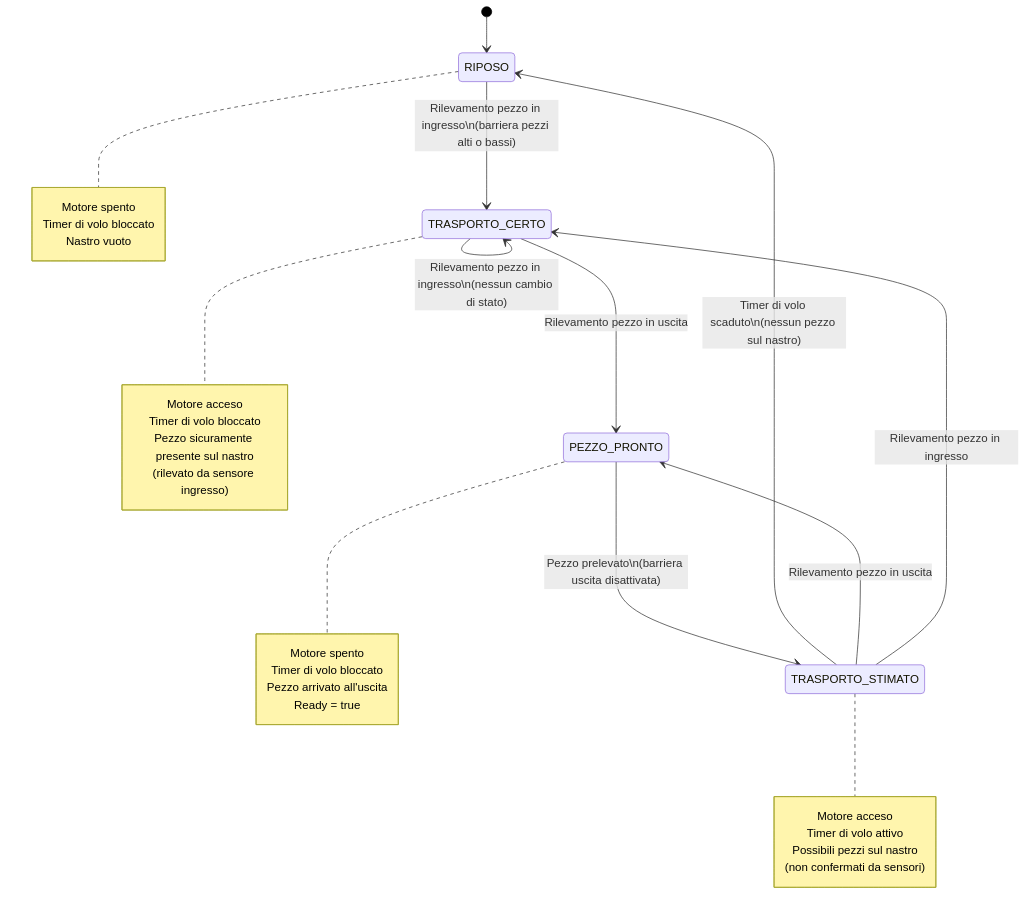
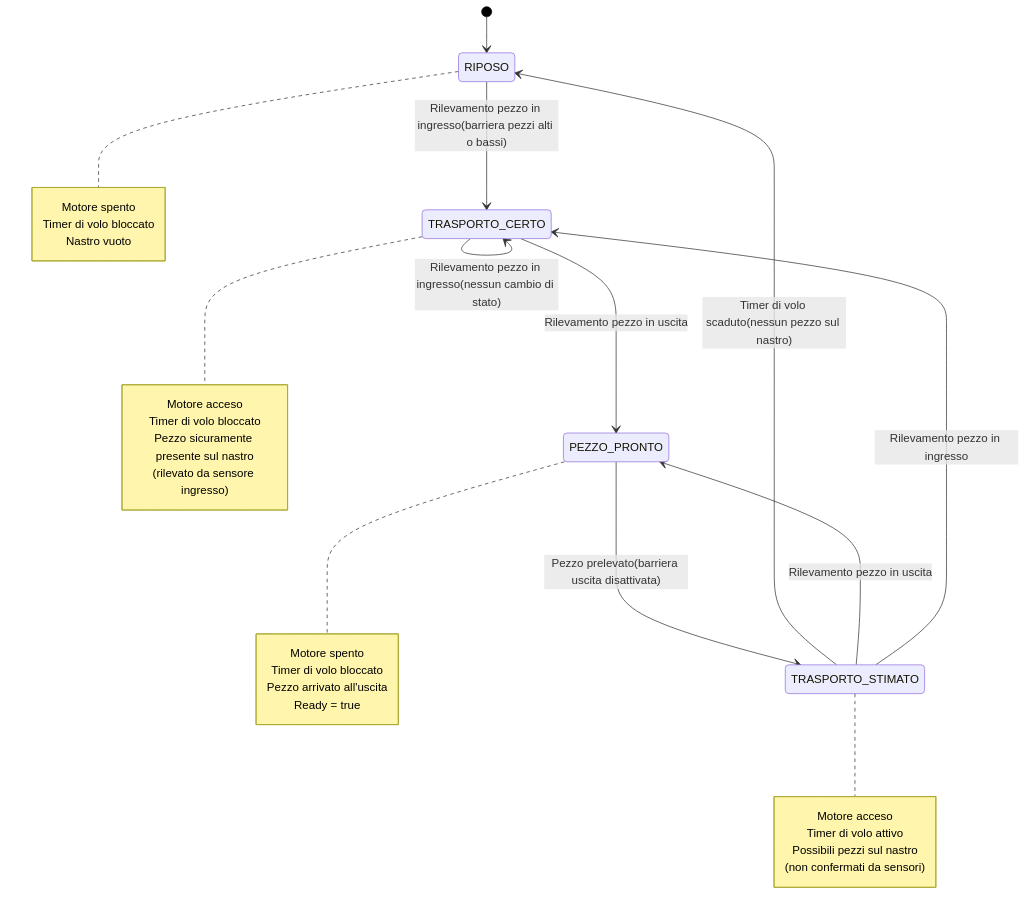
The diagram in nastro.md (sebastianomelita/ArduinoBareMetal), drawn with Mermaid before and after one commit.

````diff
--- a/nastro.md
+++ b/nastro.md
@@ -42,40 +42,40 @@
 ```mermaid
 %%{init: {'theme': 'default', 'themeVariables': { 'primaryColor': '#ffffff', 'primaryTextColor': '#000000', 'primaryBorderColor': '#000000', 'lineColor': '#000000', 'secondaryColor': '#f4f4f4', 'tertiaryColor': '#ffffff' }}}%%
 stateDiagram-v2
     [*] --> RIPOSO
     
-    RIPOSO --> TRASPORTO_CERTO: Rilevamento pezzo in ingresso\n(barriera pezzi alti o bassi)
+    RIPOSO --> TRASPORTO_CERTO: Rilevamento pezzo in ingresso\(barriera pezzi alti o bassi)
     TRASPORTO_CERTO --> PEZZO_PRONTO: Rilevamento pezzo in uscita
-    TRASPORTO_CERTO --> TRASPORTO_CERTO: Rilevamento pezzo in ingresso\n(nessun cambio di stato)
-    PEZZO_PRONTO --> TRASPORTO_STIMATO: Pezzo prelevato\n(barriera uscita disattivata)
-    TRASPORTO_STIMATO --> RIPOSO: Timer di volo scaduto\n(nessun pezzo sul nastro)
+    TRASPORTO_CERTO --> TRASPORTO_CERTO: Rilevamento pezzo in ingresso\(nessun cambio di stato)
+    PEZZO_PRONTO --> TRASPORTO_STIMATO: Pezzo prelevato\(barriera uscita disattivata)
+    TRASPORTO_STIMATO --> RIPOSO: Timer di volo scaduto\(nessun pezzo sul nastro)
     TRASPORTO_STIMATO --> PEZZO_PRONTO: Rilevamento pezzo in uscita
     TRASPORTO_STIMATO --> TRASPORTO_CERTO: Rilevamento pezzo in ingresso
     
     note right of RIPOSO
         Motore spento
         Timer di volo bloccato
         Nastro vuoto
     end note
     
     note right of TRASPORTO_CERTO
         Motore acceso
         Timer di volo bloccato
         Pezzo sicuramente presente sul nastro
         (rilevato da sensore ingresso)
     end note
     
     note right of PEZZO_PRONTO
         Motore spento
         Timer di volo bloccato
         Pezzo arrivato all'uscita
         Ready = true
     end note
     
     note right of TRASPORTO_STIMATO
         Motore acceso
         Timer di volo attivo
         Possibili pezzi sul nastro
         (non confermati da sensori)
     end note
 ```
````
